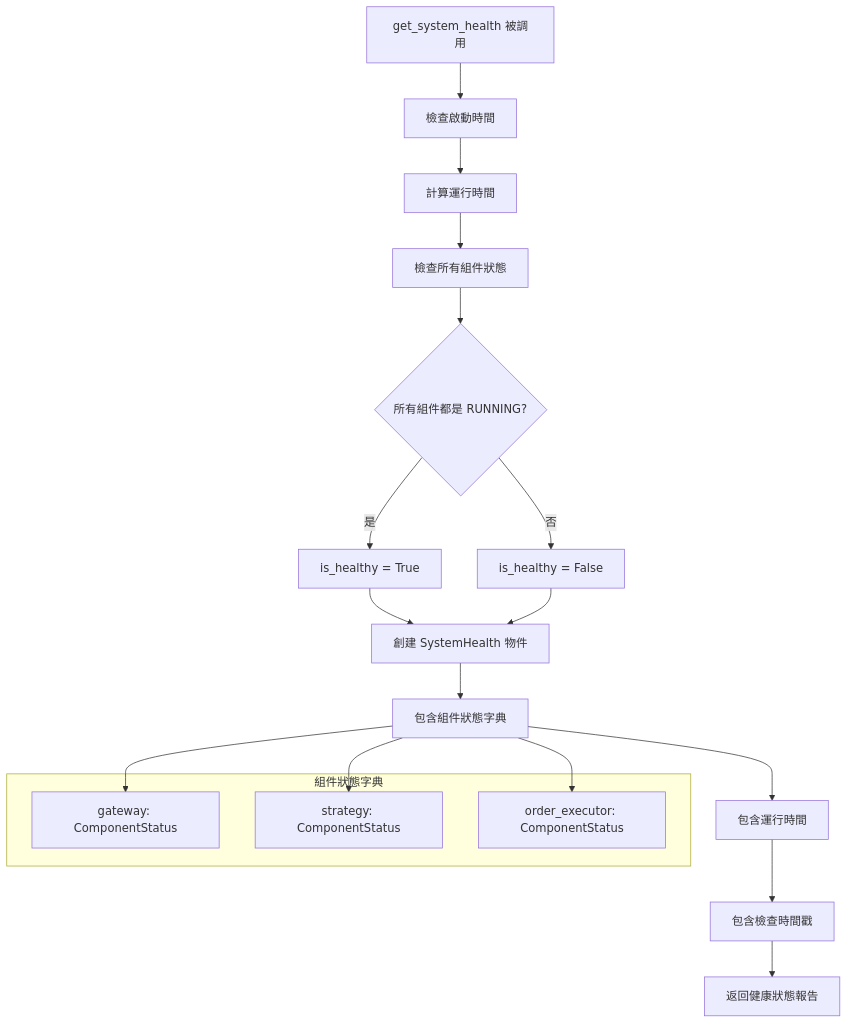
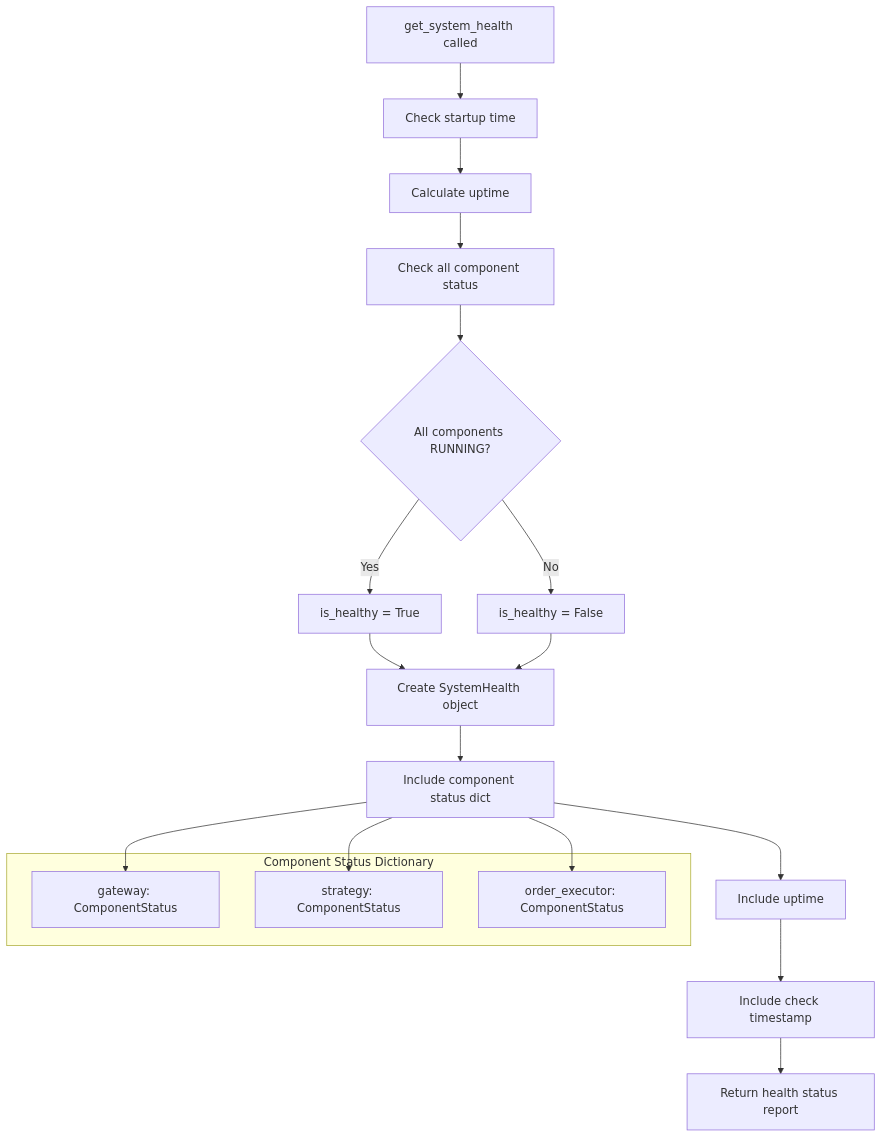
Before and after one commit to ttpss930141011/auto-futures-trading-machine: the tenth of 11 diagrams in docs/architecture/DETAILED_FLOW_DIAGRAMS.md, drawn with Mermaid. The commit also changed other lines of this file and 6 other files, not shown here.

````diff
--- a/docs/architecture/DETAILED_FLOW_DIAGRAMS.md
+++ b/docs/architecture/DETAILED_FLOW_DIAGRAMS.md
@@ -385,28 +385,28 @@
 ```mermaid
 graph TD
-    A[get_system_health 被調用] --> B[檢查啟動時間]
-    B --> C[計算運行時間]
-    C --> D[檢查所有組件狀態]
+    A[get_system_health called] --> B[Check startup time]
+    B --> C[Calculate uptime]
+    C --> D[Check all component status]
     
-    D --> E{所有組件都是 RUNNING?}
-    E -->|是| F[is_healthy = True]
-    E -->|否| G[is_healthy = False]
+    D --> E{All components RUNNING?}
+    E -->|Yes| F[is_healthy = True]
+    E -->|No| G[is_healthy = False]
     
-    F --> H[創建 SystemHealth 物件]
+    F --> H[Create SystemHealth object]
     G --> H
     
-    H --> I[包含組件狀態字典]
-    I --> J[包含運行時間]
-    J --> K[包含檢查時間戳]
-    K --> L[返回健康狀態報告]
+    H --> I[Include component status dict]
+    I --> J[Include uptime]
+    J --> K[Include check timestamp]
+    K --> L[Return health status report]
     
-    subgraph "組件狀態字典"
+    subgraph "Component Status Dictionary"
         M["gateway": ComponentStatus]
         N["strategy": ComponentStatus] 
         O["order_executor": ComponentStatus]
     end
     
     I --> M
     I --> N
     I --> O
 ```
````
